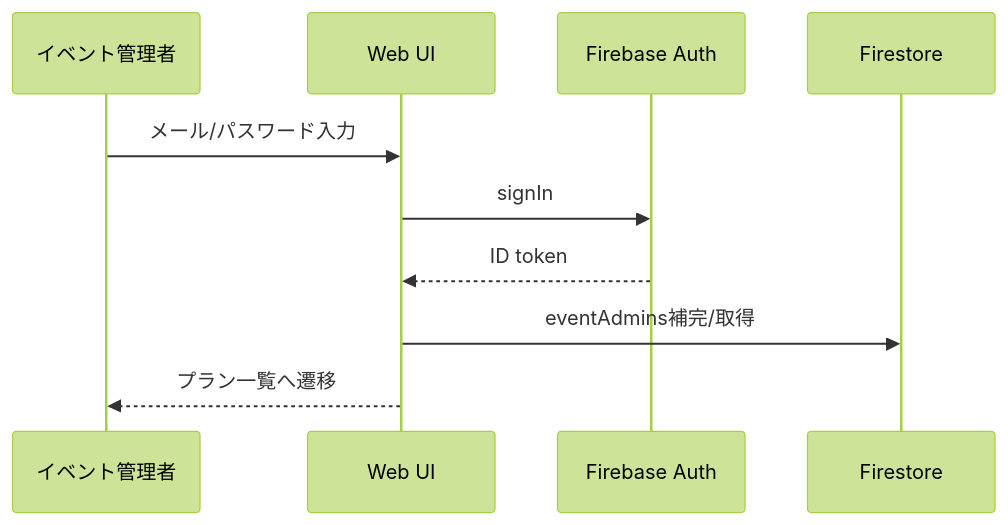
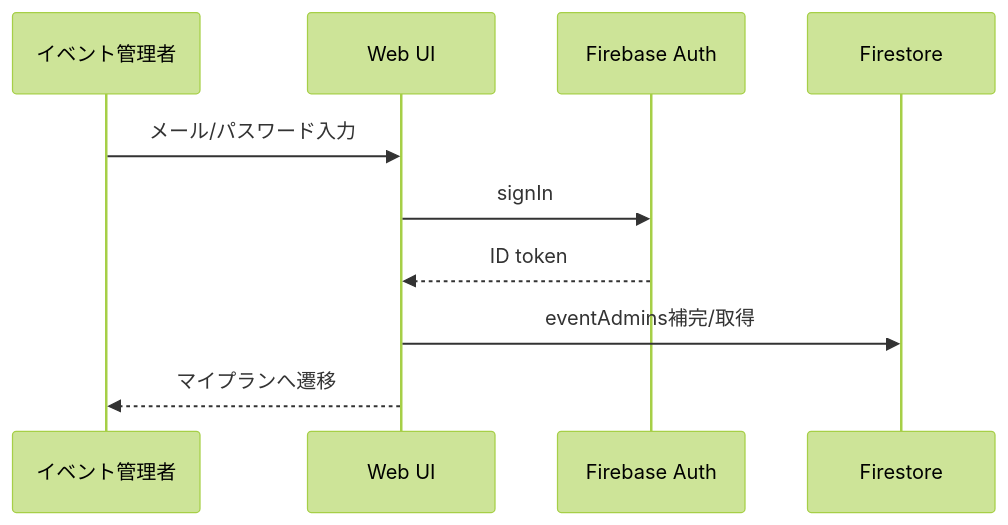
One commit to Bamboosato/rsvp-manager-app changed the second of 5 diagrams in docs/system-design.md. Above: the diagram before and after it, drawn with Mermaid (forest theme). The commit also changed other lines of this file and 24 other files, not shown here.

````diff
--- a/docs/system-design.md
+++ b/docs/system-design.md
@@ -330,12 +330,12 @@
 ```mermaid
 sequenceDiagram
   participant A as イベント管理者
   participant UI as Web UI
   participant Auth as Firebase Auth
   participant DB as Firestore
   A->>UI: メール/パスワード入力
   UI->>Auth: signIn
   Auth-->>UI: ID token
   UI->>DB: eventAdmins補完/取得
-  UI-->>A: プラン一覧へ遷移
+  UI-->>A: マイプランへ遷移
 ```
````
